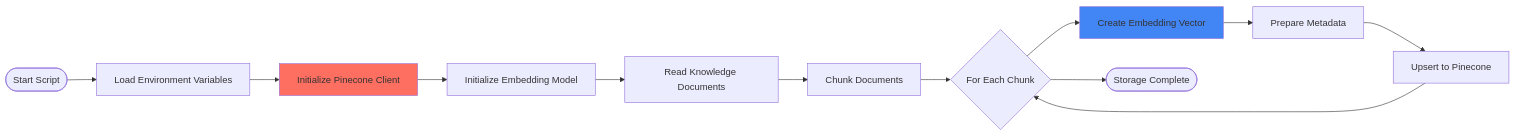
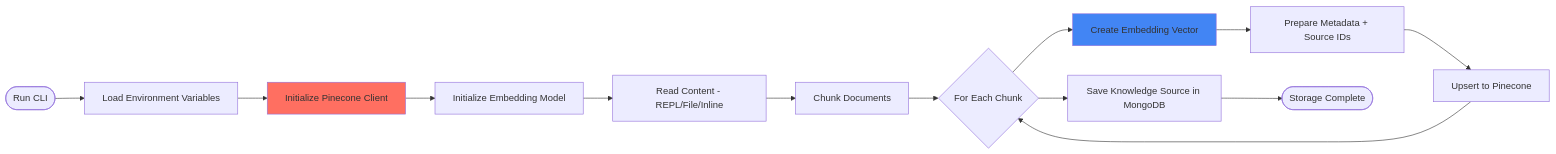
One commit to hoangsonww/AI-RAG-Assistant-Chatbot changed diagram 14 of 30 in ARCHITECTURE.md. Above: the diagram before and after it, drawn with Mermaid. The commit also changed other lines of this file and 30 other files, not shown here.

First line of the commit message:
feat(rag): enhance RAG pipeline with inline citations, knowledge CLI, and improved source management

````diff
--- a/ARCHITECTURE.md
+++ b/ARCHITECTURE.md
@@ -612,20 +611,21 @@
 ```mermaid
 flowchart LR
-    Start([Start Script]) --> LoadEnv[Load Environment Variables]
+    Start([Run CLI]) --> LoadEnv[Load Environment Variables]
     LoadEnv --> InitPinecone[Initialize Pinecone Client]
     InitPinecone --> InitEmbeddings[Initialize Embedding Model]
 
-    InitEmbeddings --> ReadDocs[Read Knowledge Documents]
+    InitEmbeddings --> ReadDocs[Read Content - REPL/File/Inline]
     ReadDocs --> ChunkDocs[Chunk Documents]
 
     ChunkDocs --> Loop{For Each Chunk}
     Loop --> CreateEmbed[Create Embedding Vector]
-    CreateEmbed --> PrepareMetadata[Prepare Metadata]
+    CreateEmbed --> PrepareMetadata[Prepare Metadata + Source IDs]
     PrepareMetadata --> UpsertVector[Upsert to Pinecone]
     UpsertVector --> Loop
 
-    Loop --> Complete([Storage Complete])
+    Loop --> PersistMongo[Save Knowledge Source in MongoDB]
+    PersistMongo --> Complete([Storage Complete])
 
     style InitPinecone fill:#FF6F61
     style CreateEmbed fill:#4285F4
 ```
````
